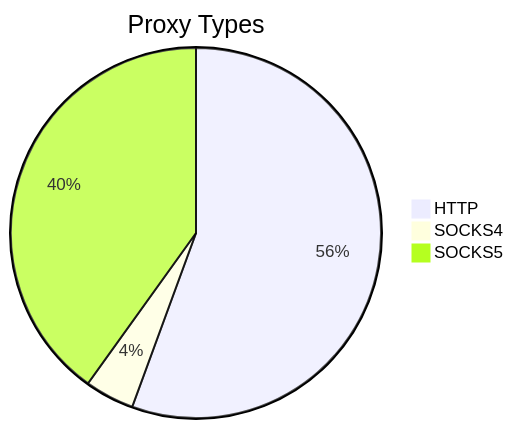
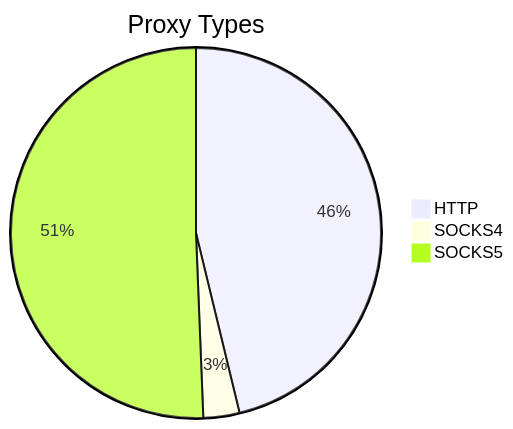
One commit to stormsia/proxy-list changed the first of 2 diagrams in README.md. Above: the diagram before and after it, drawn with Mermaid. The commit also changed other lines of this file, not shown here.

````diff
--- a/README.md
+++ b/README.md
@@ -21,6 +21,6 @@
 ```mermaid
 pie title Proxy Types
-    "HTTP" : 760
-    "SOCKS4" : 59
-    "SOCKS5" : 548
+    "HTTP" : 513
+    "SOCKS4" : 35
+    "SOCKS5" : 562
 ```
````
